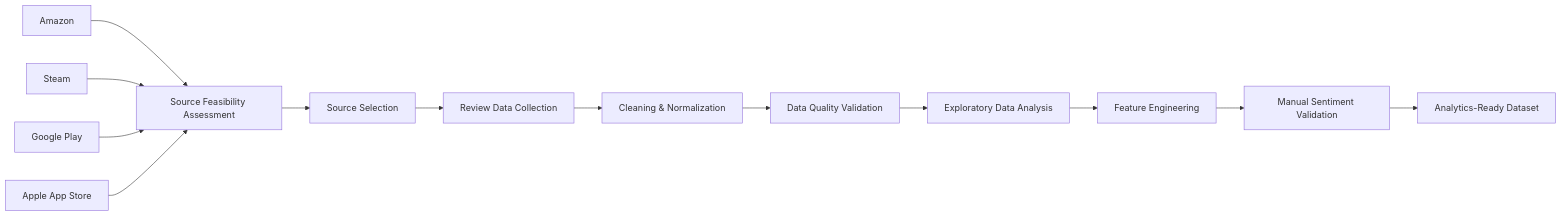
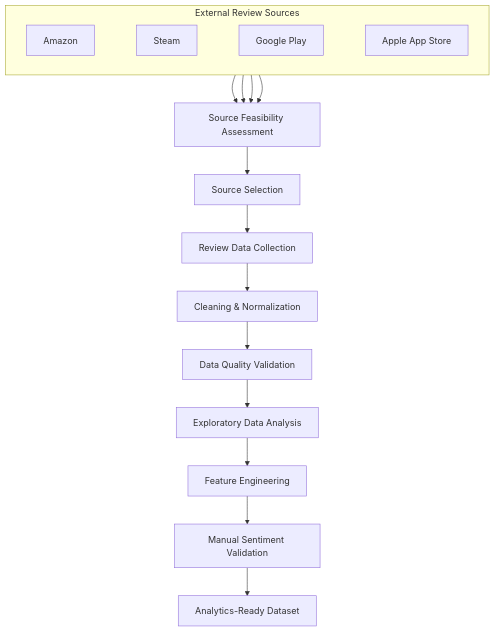
One commit to jingbohuang2006/data-ingestion-feasibility-assessment changed the diagram in README.md. Above: the diagram before and after it, drawn with Mermaid.

Commit message:
Improve project workflow layout

````diff
--- a/README.md
+++ b/README.md
@@ -33,17 +33,20 @@
 ```mermaid
-flowchart LR
-    A[Amazon] --> E[Source Feasibility Assessment]
-    B[Steam] --> E
-    C[Google Play] --> E
-    D[Apple App Store] --> E
+flowchart TB
+    subgraph sources[External Review Sources]
+        direction LR
+        A[Amazon] ~~~ B[Steam] ~~~ C[Google Play] ~~~ D[Apple App Store]
+    end
 
-
+    A --> E[Source Feasibility Assessment]
+    B --> E
+    C --> E
+    D --> E
     E --> F[Source Selection]
     F --> G[Review Data Collection]
     G --> H[Cleaning & Normalization]
     H --> I[Data Quality Validation]
     I --> J[Exploratory Data Analysis]
     J --> K[Feature Engineering]
     K --> L[Manual Sentiment Validation]
     L --> M[Analytics-Ready Dataset]
 ```
````
